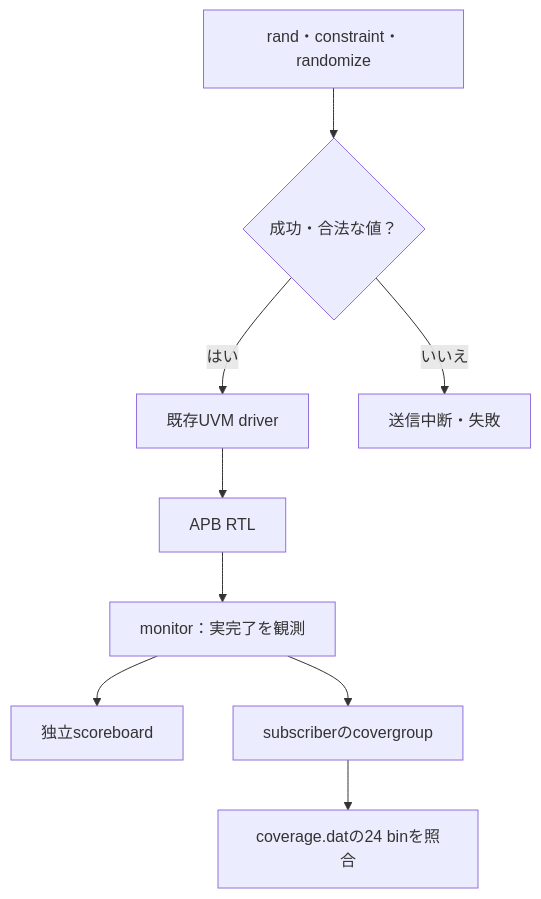
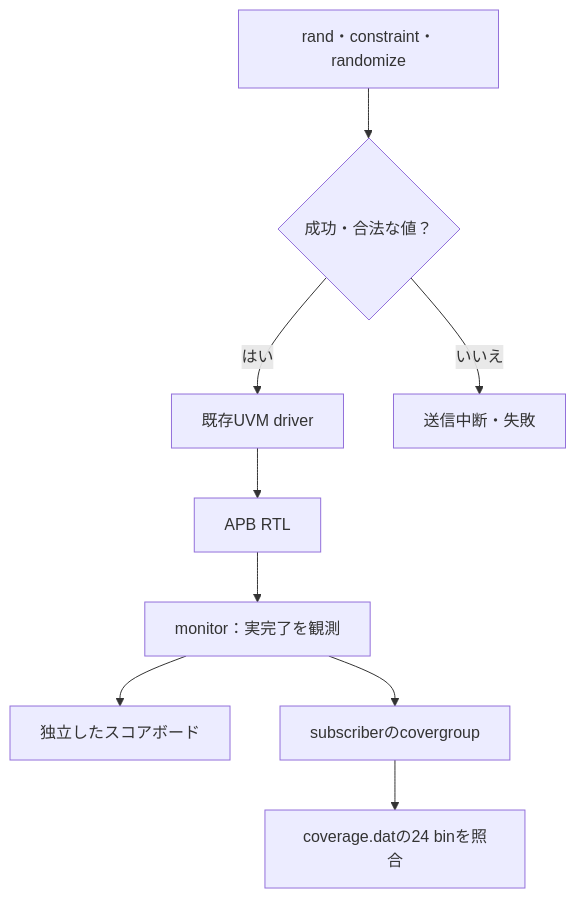
The diagram in examples/local-uvm-random/README.md (kurochan001/lsi-verification-method), drawn with Mermaid before and after one commit. The commit also changed other lines of this file and 91 other files, not shown here.

````diff
--- a/examples/local-uvm-random/README.md
+++ b/examples/local-uvm-random/README.md
@@ -9,10 +9,10 @@
 ```mermaid
 flowchart TD
   accTitle: ランダム刺激と観測カバレッジ
-  accDescr: randomizeの成功後にAPBへ送り、実完了の観測を独立scoreboardとネイティブcovergroupへ渡します。
+  accDescr: randomizeの成功後にAPBへ送り、実完了の観測を独立したスコアボードとネイティブcovergroupへ渡します。
   R["rand・constraint・randomize"] --> V{"成功・合法な値？"}
   V -- "はい" --> D["既存UVM driver"] --> U["APB RTL"] --> M["monitor：実完了を観測"]
   V -- "いいえ" --> F["送信中断・失敗"]
-  M --> S["独立scoreboard"]
+  M --> S["独立したスコアボード"]
   M --> C["subscriberのcovergroup"] --> B["coverage.datの24 binを照合"]
 ```
````
